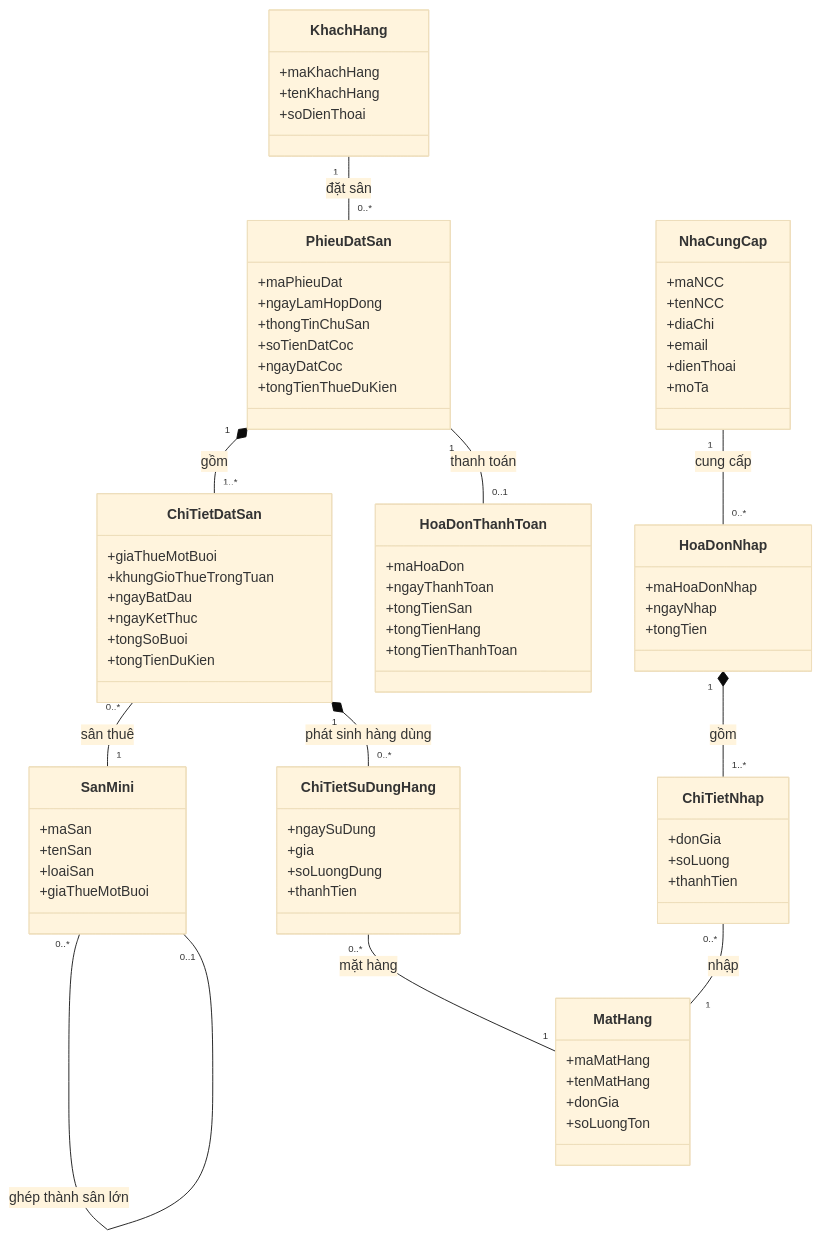
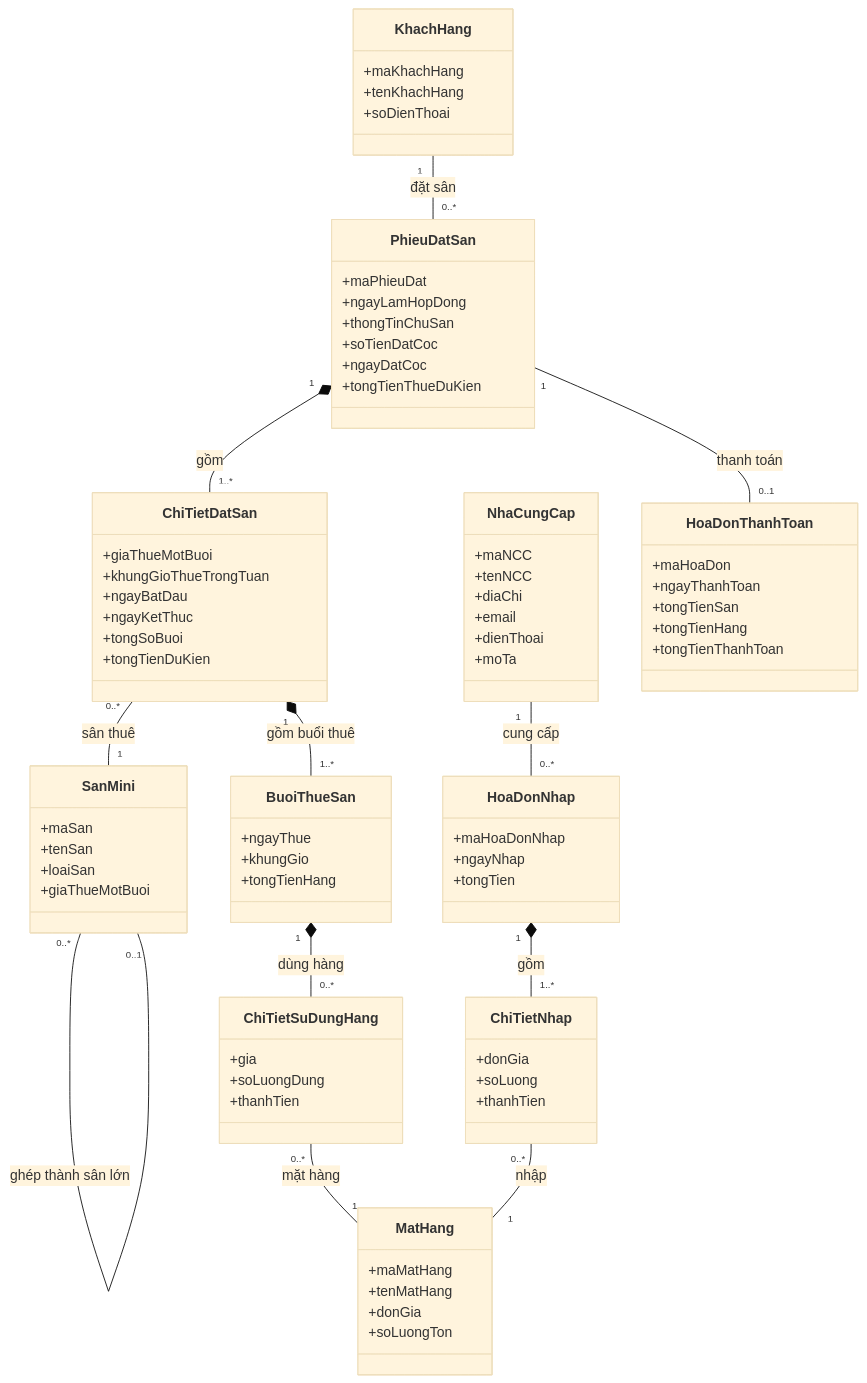
Before and after one commit to AnhLM027/NMCNPM_Final: the diagram in ChuDe_11_QuanLySanBongMini/Class_Diagram.mmd, drawn with Mermaid (base theme). The commit also changed 46 other files, not shown here.

```diff
--- a/ChuDe_11_QuanLySanBongMini/Class_Diagram.mmd
+++ b/ChuDe_11_QuanLySanBongMini/Class_Diagram.mmd
@@ -1,85 +1,91 @@
 classDiagram
     class SanMini {
         +maSan
         +tenSan
         +loaiSan
         +giaThueMotBuoi
     }
 
     class KhachHang {
         +maKhachHang
         +tenKhachHang
         +soDienThoai
     }
 
     class PhieuDatSan {
         +maPhieuDat
         +ngayLamHopDong
         +thongTinChuSan
         +soTienDatCoc
         +ngayDatCoc
         +tongTienThueDuKien
     }
 
     class ChiTietDatSan {
         +giaThueMotBuoi
         +khungGioThueTrongTuan
         +ngayBatDau
         +ngayKetThuc
         +tongSoBuoi
         +tongTienDuKien
     }
 
+    class BuoiThueSan {
+        +ngayThue
+        +khungGio
+        +tongTienHang
+    }
+
     class MatHang {
         +maMatHang
         +tenMatHang
         +donGia
         +soLuongTon
     }
 
     class NhaCungCap {
         +maNCC
         +tenNCC
         +diaChi
         +email
         +dienThoai
         +moTa
     }
 
     class HoaDonNhap {
         +maHoaDonNhap
         +ngayNhap
         +tongTien
     }
 
     class ChiTietNhap {
         +donGia
         +soLuong
         +thanhTien
     }
 
     class ChiTietSuDungHang {
-        +ngaySuDung
         +gia
         +soLuongDung
         +thanhTien
     }
 
     class HoaDonThanhToan {
         +maHoaDon
         +ngayThanhToan
         +tongTienSan
         +tongTienHang
         +tongTienThanhToan
     }
 
     SanMini "0..*" -- "0..1" SanMini : ghép thành sân lớn
     KhachHang "1" -- "0..*" PhieuDatSan : đặt sân
     PhieuDatSan "1" *-- "1..*" ChiTietDatSan : gồm
     ChiTietDatSan "0..*" -- "1" SanMini : sân thuê
-    ChiTietDatSan "1" *-- "0..*" ChiTietSuDungHang : phát sinh hàng dùng
+    ChiTietDatSan "1" *-- "1..*" BuoiThueSan : gồm buổi thuê
+    BuoiThueSan "1" *-- "0..*" ChiTietSuDungHang : dùng hàng
     ChiTietSuDungHang "0..*" -- "1" MatHang : mặt hàng
     NhaCungCap "1" -- "0..*" HoaDonNhap : cung cấp
     HoaDonNhap "1" *-- "1..*" ChiTietNhap : gồm
     ChiTietNhap "0..*" -- "1" MatHang : nhập
     PhieuDatSan "1" -- "0..1" HoaDonThanhToan : thanh toán
```
